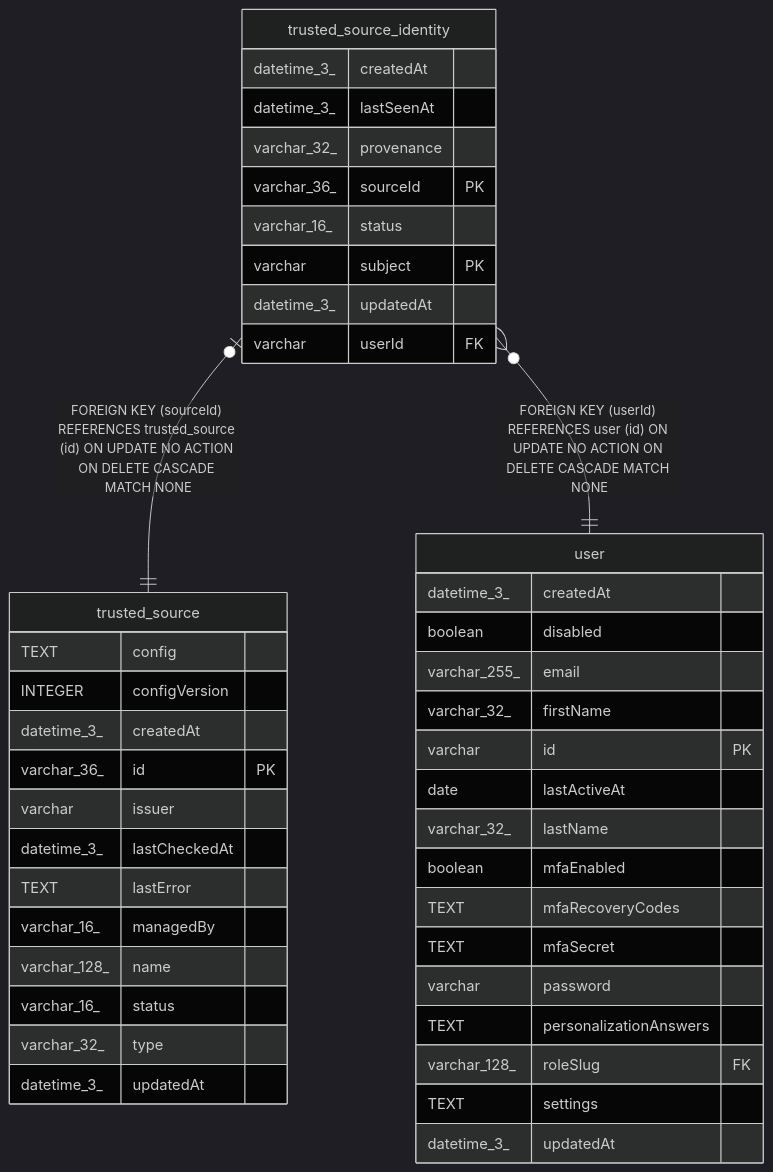
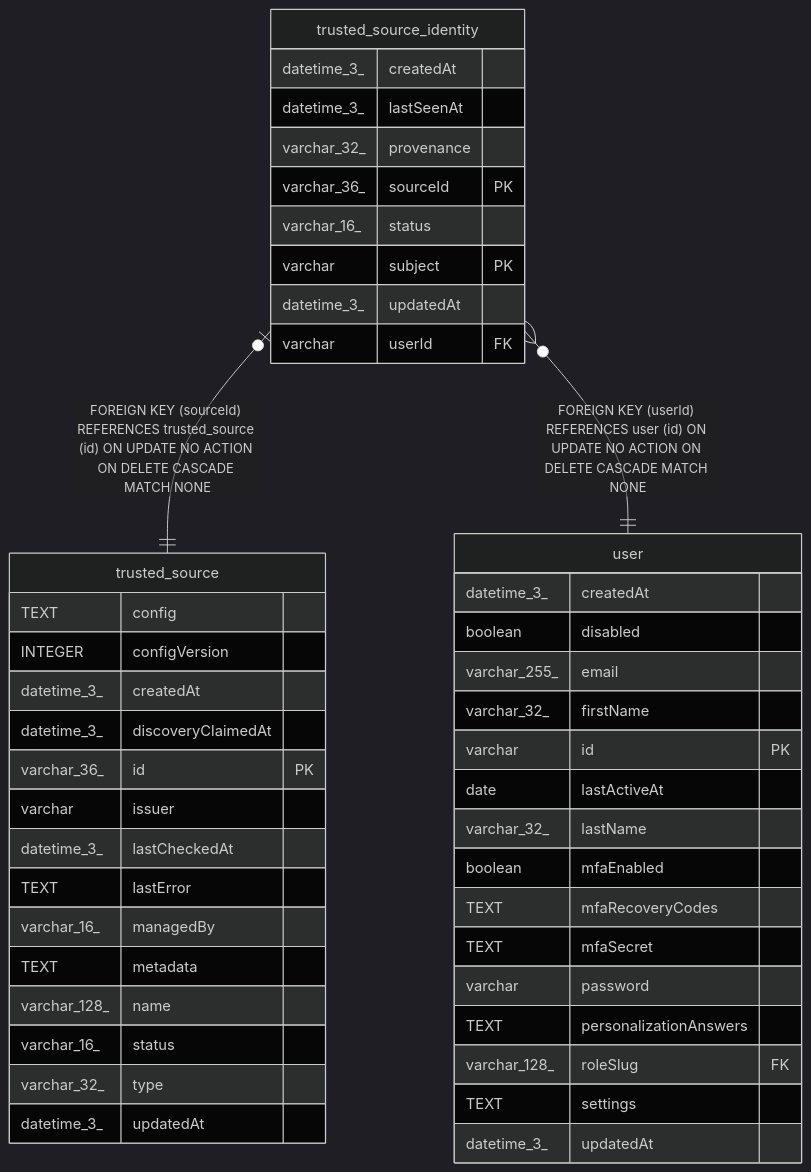
One commit to almokhtarbr/n8n changed the diagram in docs/generated/sqlite-schema/trusted_source_identity.md. Above: the diagram before and after it, drawn with Mermaid (dark theme). The commit also changed 18 other files, not shown here.

````diff
--- a/docs/generated/sqlite-schema/trusted_source_identity.md
+++ b/docs/generated/sqlite-schema/trusted_source_identity.md
@@ -46,48 +46,50 @@
 ```mermaid
 erDiagram
 
 "trusted_source_identity" |o--|| "trusted_source" : "FOREIGN KEY (sourceId) REFERENCES trusted_source (id) ON UPDATE NO ACTION ON DELETE CASCADE MATCH NONE"
 "trusted_source_identity" }o--|| "user" : "FOREIGN KEY (userId) REFERENCES user (id) ON UPDATE NO ACTION ON DELETE CASCADE MATCH NONE"
 
 "trusted_source_identity" {
   datetime_3_ createdAt
   datetime_3_ lastSeenAt
   varchar_32_ provenance
   varchar_36_ sourceId PK
   varchar_16_ status
   varchar subject PK
   datetime_3_ updatedAt
   varchar userId FK
 }
 "trusted_source" {
   TEXT config
   INTEGER configVersion
   datetime_3_ createdAt
+  datetime_3_ discoveryClaimedAt
   varchar_36_ id PK
   varchar issuer
   datetime_3_ lastCheckedAt
   TEXT lastError
   varchar_16_ managedBy
+  TEXT metadata
   varchar_128_ name
   varchar_16_ status
   varchar_32_ type
   datetime_3_ updatedAt
 }
 "user" {
   datetime_3_ createdAt
   boolean disabled
   varchar_255_ email
   varchar_32_ firstName
   varchar id PK
   date lastActiveAt
   varchar_32_ lastName
   boolean mfaEnabled
   TEXT mfaRecoveryCodes
   TEXT mfaSecret
   varchar password
   TEXT personalizationAnswers
   varchar_128_ roleSlug FK
   TEXT settings
   datetime_3_ updatedAt
 }
 ```
````
